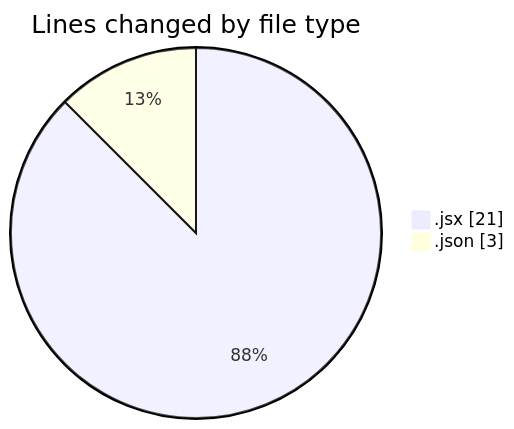
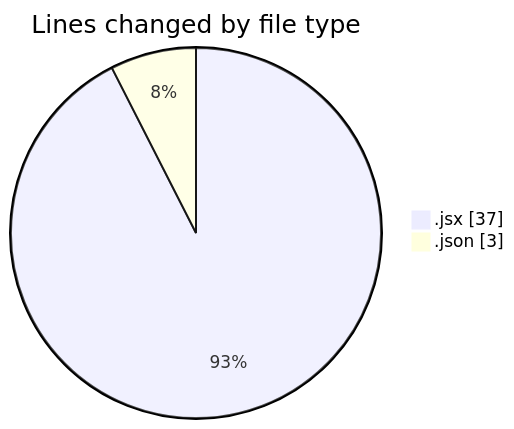
One commit to Elitesun/code-tracking changed the first of 2 diagrams in 2025-01-24/react/README.md. Above: the diagram before and after it, drawn with Mermaid. The commit also changed other lines of this file and 1 other file, not shown here.

````diff
--- a/2025-01-24/react/README.md
+++ b/2025-01-24/react/README.md
@@ -21,6 +22,6 @@
 ```mermaid
 pie showData
 title Lines changed by file type
-".jsx" : 21
+".jsx" : 37
 ".json" : 3
 ```
````
